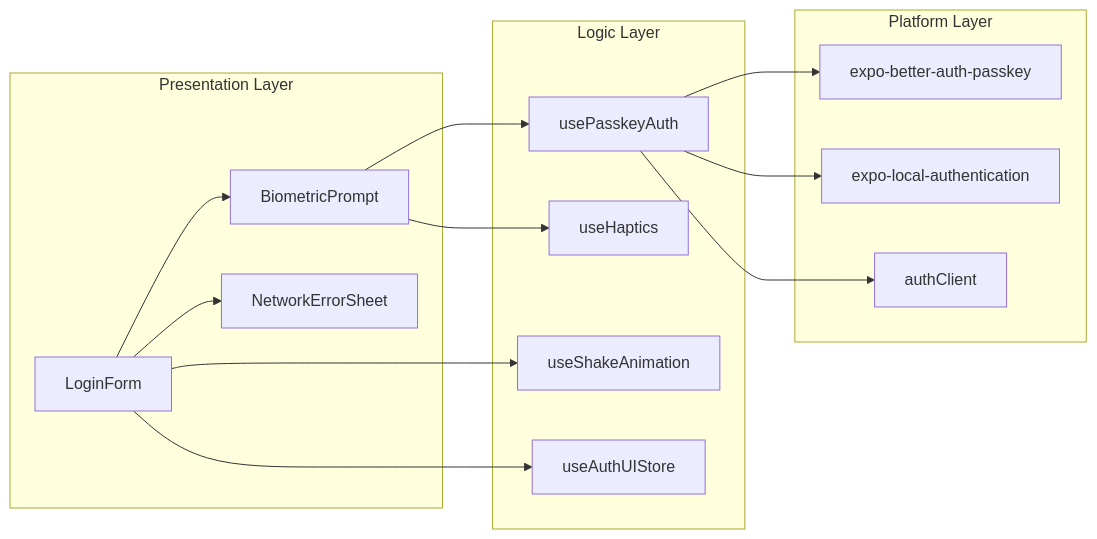
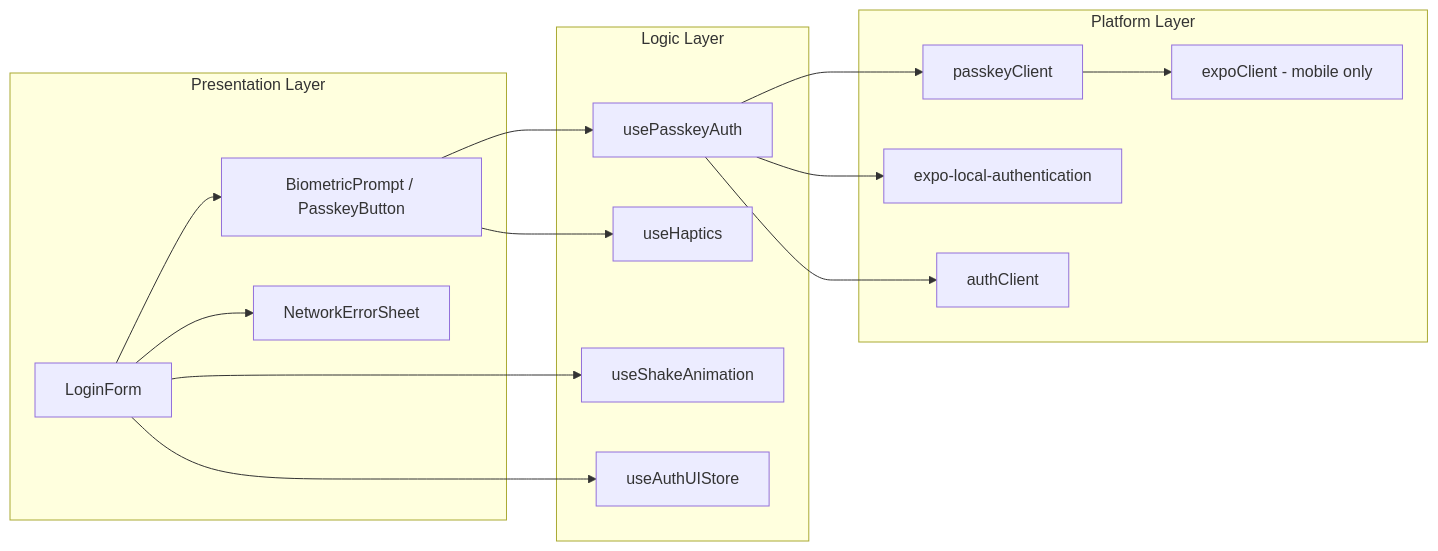
One commit to drcraig20/klard-apps changed the second of 5 diagrams in docs/agile/architecture/2025-12-16-passkey-auth-arch.md. Above: the diagram before and after it, drawn with Mermaid. The commit also changed other lines of this file and 7 other files, not shown here.

First line of the commit message:
refactor(agile): rename feature to passkey-auth with web+mobile scope

````diff
--- a/docs/agile/architecture/2025-12-16-passkey-auth-arch.md
+++ b/docs/agile/architecture/2025-12-16-passkey-auth-arch.md
@@ -93,31 +116,33 @@
 ```mermaid
 flowchart LR
     subgraph "Presentation Layer"
         LF[LoginForm]
-        BP[BiometricPrompt]
+        BP[BiometricPrompt / PasskeyButton]
         NES[NetworkErrorSheet]
     end
 
     subgraph "Logic Layer"
         UPA[usePasskeyAuth]
         USA[useShakeAnimation]
         UH[useHaptics]
         UAS[useAuthUIStore]
     end
 
     subgraph "Platform Layer"
-        EBP[expo-better-auth-passkey]
+        PC[passkeyClient]
+        EC[expoClient - mobile only]
         ELA[expo-local-authentication]
         AC[authClient]
     end
 
     LF --> BP
     LF --> NES
     LF --> USA
     LF --> UAS
     BP --> UPA
     BP --> UH
-    UPA --> EBP
+    UPA --> PC
     UPA --> ELA
     UPA --> AC
+    PC --> EC
 ```
````
